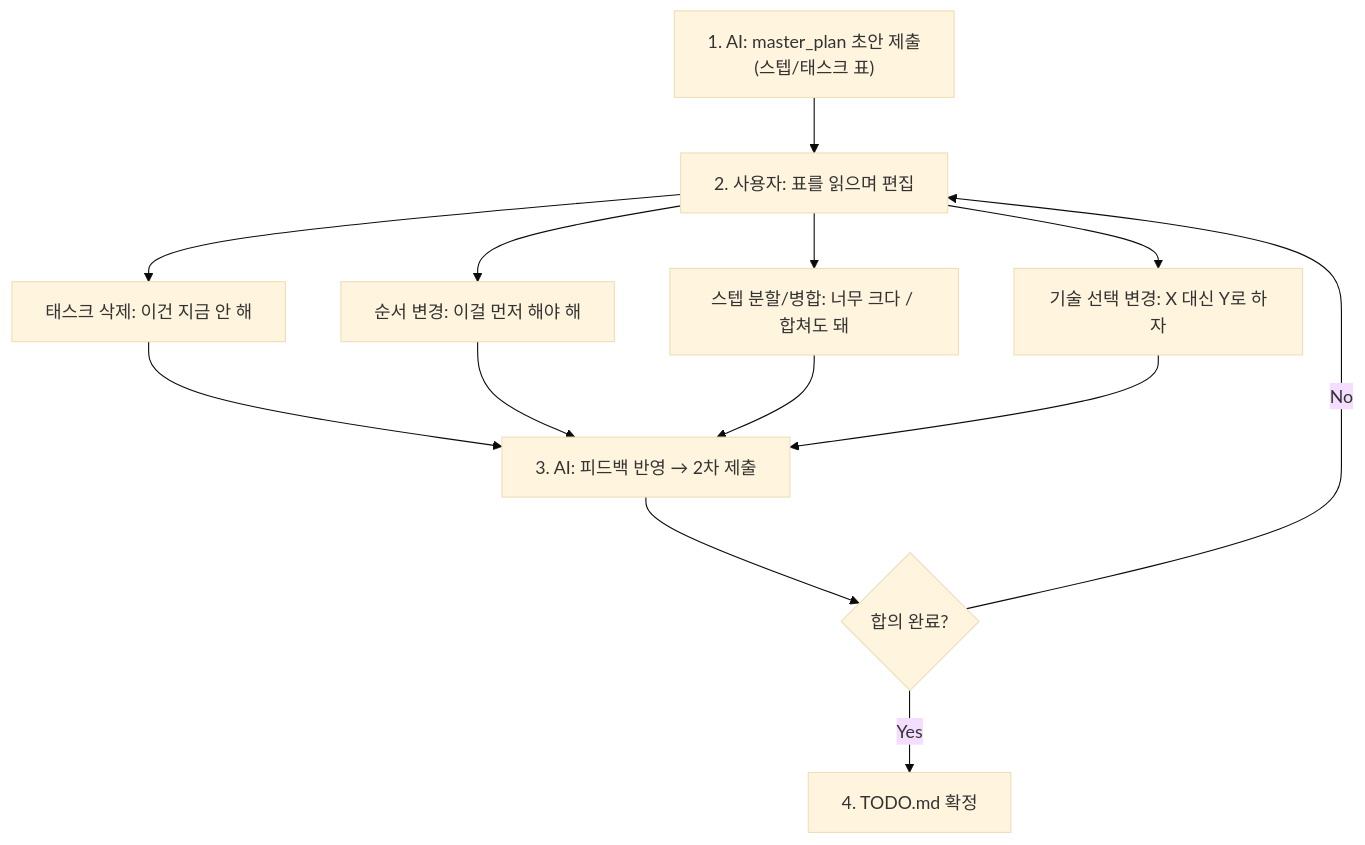
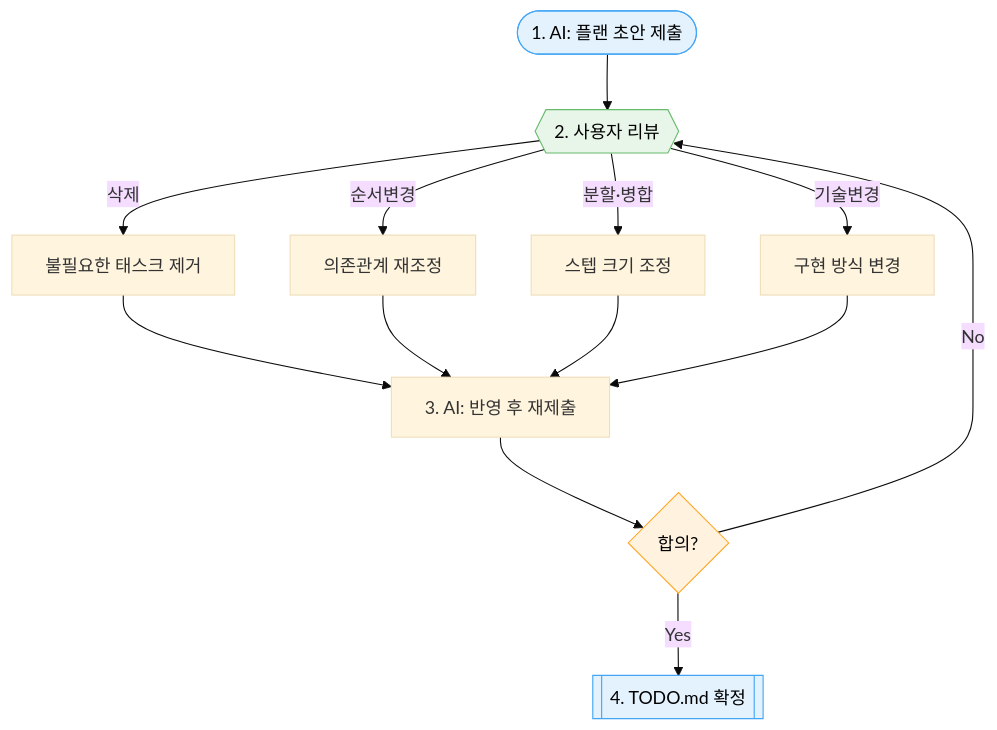
The third of 3 diagrams in agentic-workflow/README.md (Jeensh/onTong), drawn with Mermaid (base theme) before and after one commit. The commit also changed other lines of this file and 1 other file, not shown here.

First line of the commit message:
docs: improve Mermaid diagram readability and visual consistency

````diff
--- a/agentic-workflow/README.md
+++ b/agentic-workflow/README.md
@@ -193,12 +217,19 @@
 ```mermaid
-flowchart TB
-    A["1. AI: master_plan 초안 제출<br/>(스텝/태스크 표)"] --> B["2. 사용자: 표를 읽으며 편집"]
-    B --> B1["태스크 삭제: 이건 지금 안 해"]
-    B --> B2["순서 변경: 이걸 먼저 해야 해"]
-    B --> B3["스텝 분할/병합: 너무 크다 / 합쳐도 돼"]
-    B --> B4["기술 선택 변경: X 대신 Y로 하자"]
-    B1 & B2 & B3 & B4 --> C["3. AI: 피드백 반영 → 2차 제출"]
-    C --> D{"합의 완료?"}
-    D -->|Yes| E["4. TODO.md 확정"]
+graph TB
+    A(["1. AI: 플랜 초안 제출"]) --> B{{"2. 사용자 리뷰"}}
+
+    B -->|삭제| B1["불필요한 태스크 제거"]
+    B -->|순서변경| B2["의존관계 재조정"]
+    B -->|분할·병합| B3["스텝 크기 조정"]
+    B -->|기술변경| B4["구현 방식 변경"]
+
+    B1 & B2 & B3 & B4 --> C["3. AI: 반영 후 재제출"]
+    C --> D{"합의?"}
+    D -->|Yes| E[["4. TODO.md 확정"]]
     D -->|No| B
+
+    style A fill:#e3f2fd,stroke:#42a5f5,color:#000
+    style B fill:#e8f5e9,stroke:#66bb6a,color:#000
+    style D fill:#fff3e0,stroke:#ffa726,color:#000
+    style E fill:#e3f2fd,stroke:#42a5f5,color:#000
 ```
````
